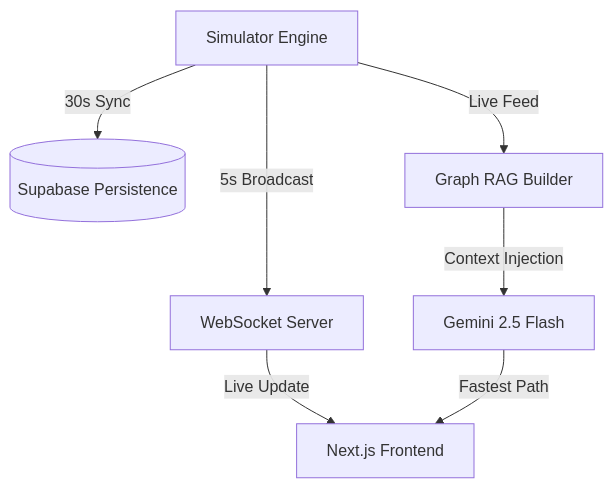
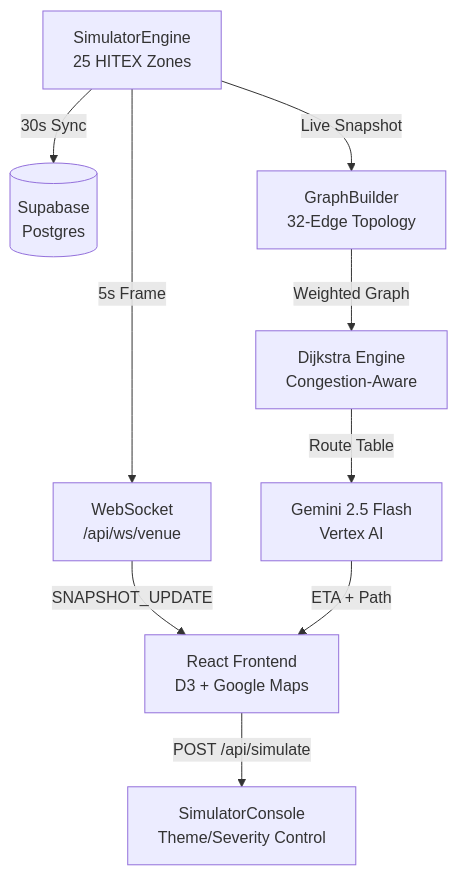
Before and after one commit to sahilshaik13/smart-venue: the diagram in README.md, drawn with Mermaid. The commit also changed other lines of this file and 7 other files, not shown here.

````diff
--- a/README.md
+++ b/README.md
@@ -29,9 +74,11 @@
 ```mermaid
 graph TD
-    Sim[Simulator Engine] -->|5s Broadcast| WS[WebSocket Server]
-    Sim -->|30s Sync| DB[(Supabase Persistence)]
-    WS -->|Live Update| UI[Next.js Frontend]
-    Sim -->|Live Feed| RAG[Graph RAG Builder]
-    RAG -->|Context Injection| AI[Gemini 2.5 Flash]
-    AI -->|Fastest Path| UI
+    Sim[SimulatorEngine<br>25 HITEX Zones] -->|5s Frame| WS[WebSocket<br>/api/ws/venue]
+    Sim -->|30s Sync| DB[(Supabase<br>Postgres)]
+    WS -->|SNAPSHOT_UPDATE| UI[React Frontend<br>D3 + Google Maps]
+    Sim -->|Live Snapshot| RAG[GraphBuilder<br>32-Edge Topology]
+    RAG -->|Weighted Graph| DJ[Dijkstra Engine<br>Congestion-Aware]
+    DJ -->|Route Table| GEM[Gemini 2.5 Flash<br>Vertex AI]
+    GEM -->|ETA + Path| UI
+    UI -->|POST /api/simulate| SIM_CTRL[SimulatorConsole<br>Theme/Severity Control]
 ```
````
